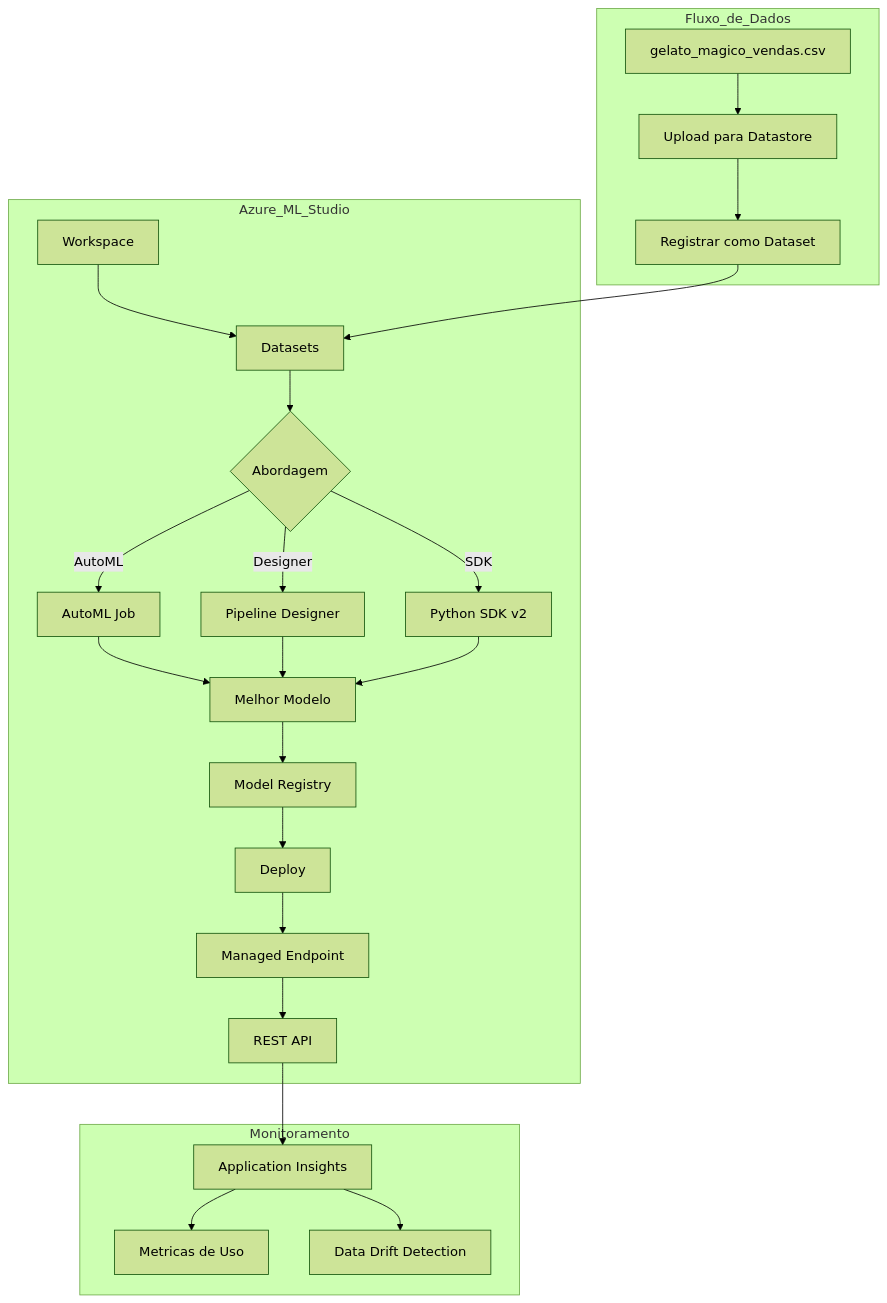
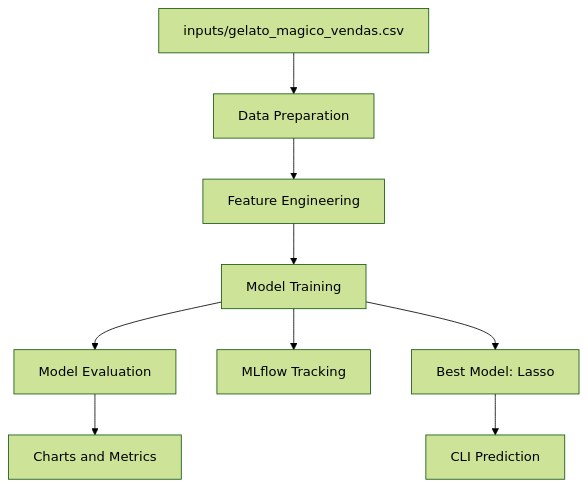
Before and after one commit to galafis/ml-sales-prediction-azure: the third of 3 diagrams in README.md, drawn with Mermaid (forest theme). The commit also changed other lines of this file, not shown here.

````diff
--- a/README.md
+++ b/README.md
@@ -278,31 +216,11 @@
 ```mermaid
 flowchart TD
-    subgraph Azure_ML_Studio
-        A[Workspace] --> B[Datasets]
-        B --> C{Abordagem}
-        C -->|AutoML| D[AutoML Job]
-        C -->|Designer| E[Pipeline Designer]
-        C -->|SDK| F[Python SDK v2]
-
-        D --> G[Melhor Modelo]
-        E --> G
-        F --> G
-
-        G --> H[Model Registry]
-        H --> I[Deploy]
-        I --> J[Managed Endpoint]
-        J --> K[REST API]
-    end
-
-    subgraph Fluxo_de_Dados
-        L[gelato_magico_vendas.csv] --> M[Upload para Datastore]
-        M --> N[Registrar como Dataset]
-        N --> B
-    end
-
-    subgraph Monitoramento
-        K --> O[Application Insights]
-        O --> P[Metricas de Uso]
-        O --> Q[Data Drift Detection]
-    end
+    A[inputs/gelato_magico_vendas.csv] --> B[Data Preparation]
+    B --> C[Feature Engineering]
+    C --> D[Model Training]
+    D --> E[Model Evaluation]
+    D --> F[MLflow Tracking]
+    E --> G[Charts and Metrics]
+    D --> H[Best Model: Lasso]
+    H --> I[CLI Prediction]
 ```
````
